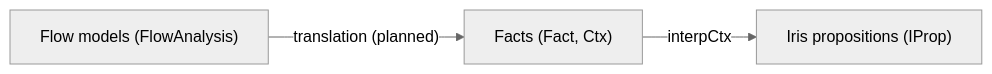
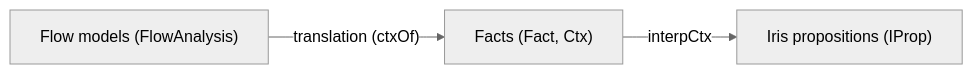
Before and after one commit to stereotype441/language: the second of 2 diagrams in lean/README.md, drawn with Mermaid (neutral theme). The commit also changed other lines of this file and 3 other files, not shown here.

First line of the commit message:
Lean: prove flow analysis sound end to end

````diff
--- a/lean/README.md
+++ b/lean/README.md
@@ -73,5 +73,5 @@
 ```mermaid
 flowchart LR
-  M["Flow models (FlowAnalysis)"] -- "translation (planned)" --> F["Facts (Fact, Ctx)"]
+  M["Flow models (FlowAnalysis)"] -- "translation (ctxOf)" --> F["Facts (Fact, Ctx)"]
   F -- "interpCtx" --> I["Iris propositions (IProp)"]
 ```
````
